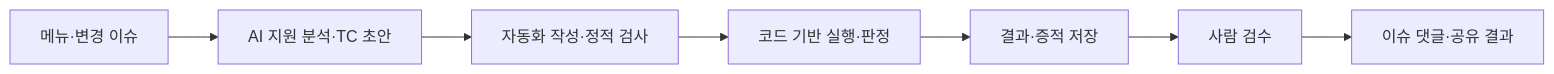
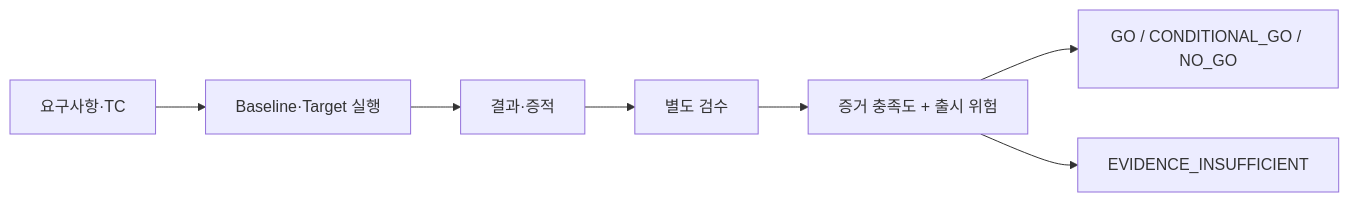
One commit to tempesty-ai/ai-qa-workflow-platform changed the diagram in README.md. Above: the diagram before and after it, drawn with Mermaid. The commit also changed other lines of this file and 45 other files, not shown here.

````diff
--- a/README.md
+++ b/README.md
@@ -108,9 +15,9 @@
 ```mermaid
 flowchart LR
-    A[메뉴·변경 이슈] --> B[AI 지원 분석·TC 초안]
-    B --> C[자동화 작성·정적 검사]
-    C --> D[코드 기반 실행·판정]
-    D --> E[결과·증적 저장]
-    E --> F[사람 검수]
-    F --> G[이슈 댓글·공유 결과]
+    A[요구사항·TC] --> B[Baseline·Target 실행]
+    B --> C[결과·증적]
+    C --> D[별도 검수]
+    D --> E[증거 충족도 + 출시 위험]
+    E --> F[GO / CONDITIONAL_GO / NO_GO]
+    E --> G[EVIDENCE_INSUFFICIENT]
 ```
````
